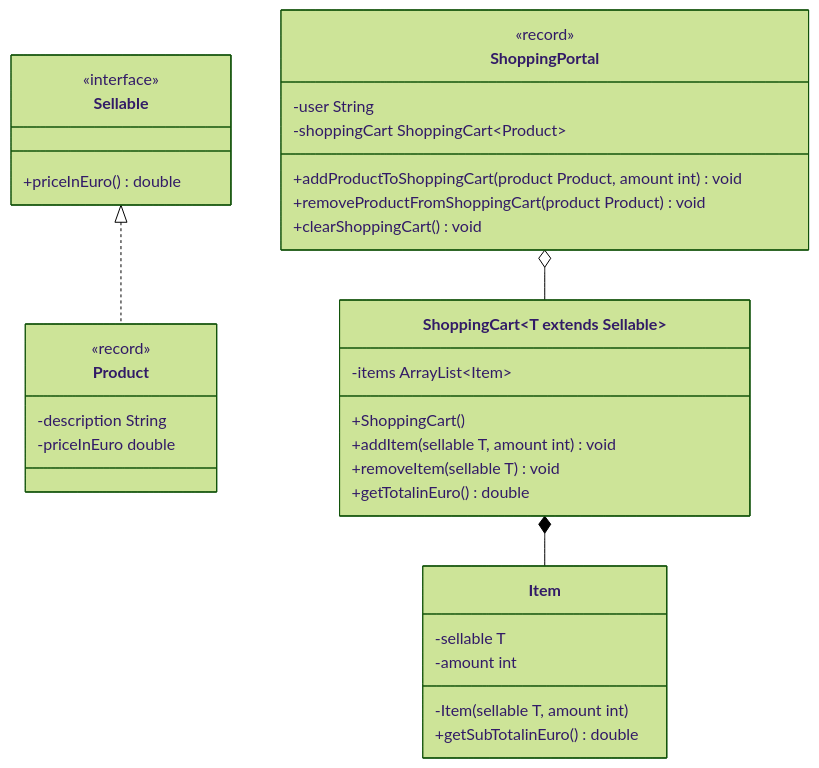
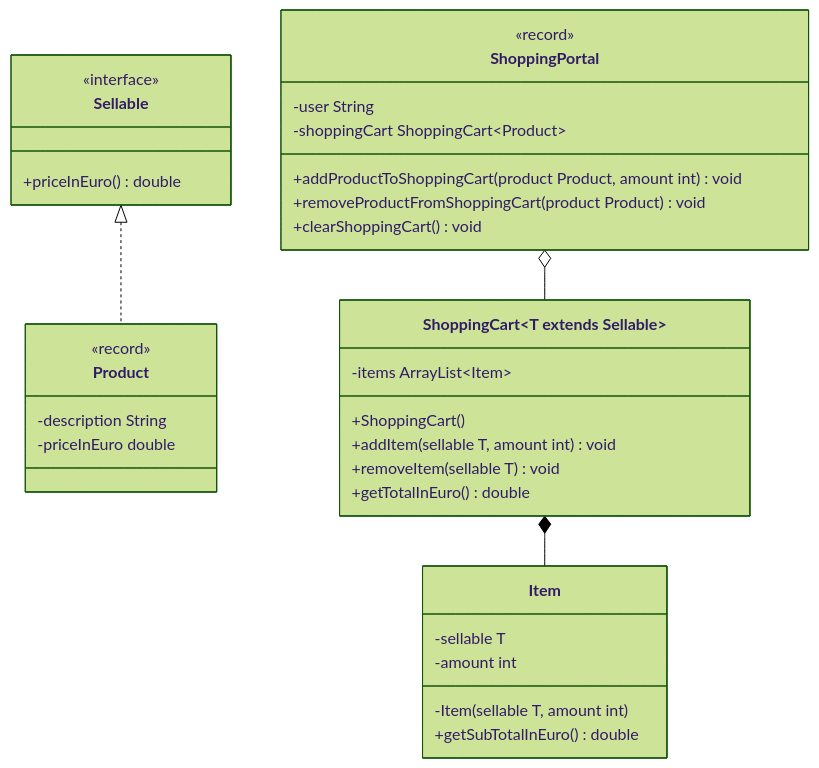
One commit to jappuccini/java-docs changed the diagram in docs/exam-exercises/exam-exercises-java2/shopping-portal.md. Above: the diagram before and after it, drawn with Mermaid (forest theme). The commit also changed other lines of this file, not shown here.

````diff
--- a/docs/exam-exercises/exam-exercises-java2/shopping-portal.md
+++ b/docs/exam-exercises/exam-exercises-java2/shopping-portal.md
@@ -11,41 +11,41 @@
 ```mermaid
 classDiagram
     Sellable <|.. Product
     ShoppingPortal o-- ShoppingCart~T extends Sellable~
     ShoppingCart *-- Item
 
     class ShoppingCart~T extends Sellable~ {
         -items ArrayList~Item~
         +ShoppingCart()
         +addItem(sellable T, amount int) void
         +removeItem(sellable T) void
-        +getTotalinEuro() double
+        +getTotalInEuro() double
     }
 
     class Item {
         -sellable T
         -amount int
         -Item(sellable T, amount int)
-        +getSubTotalinEuro() double
+        +getSubTotalInEuro() double
     }
 
     class Sellable {
         <<interface>>
         +priceInEuro() double
     }
 
     class Product {
         <<record>>
         -description String
         -priceInEuro double
     }
 
     class ShoppingPortal {
         <<record>>
         -user String
         -shoppingCart ShoppingCart~Product~
         +addProductToShoppingCart(product Product, amount int) void
         +removeProductFromShoppingCart(product Product) void
         +clearShoppingCart() void
     }
 ```
````
